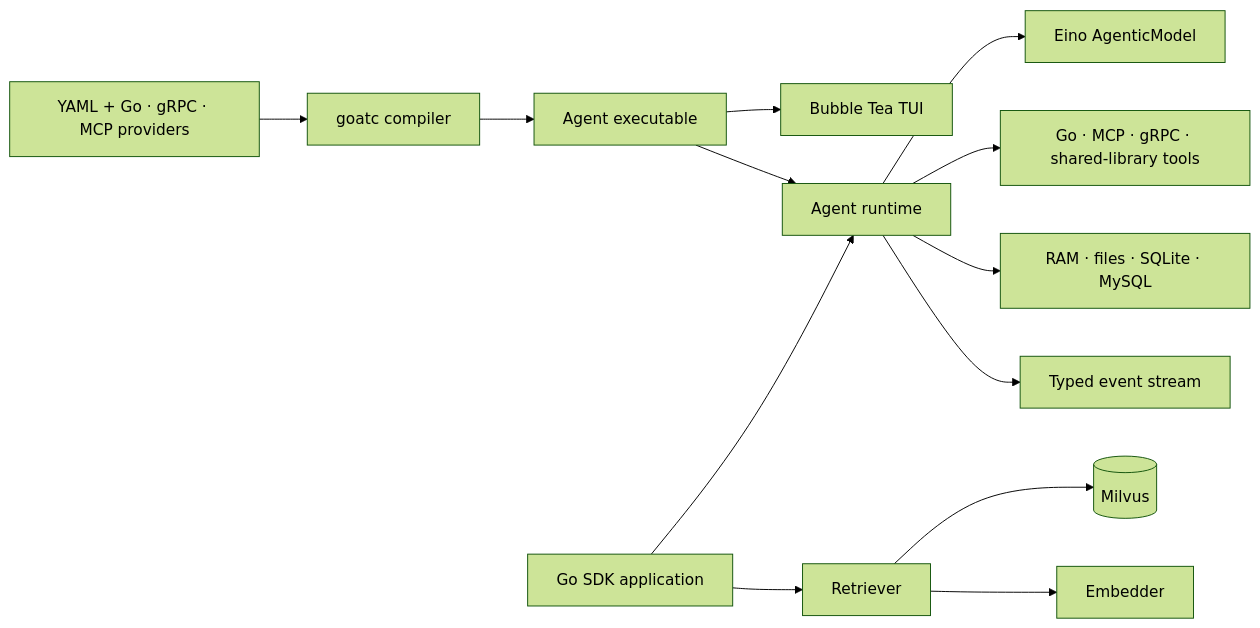
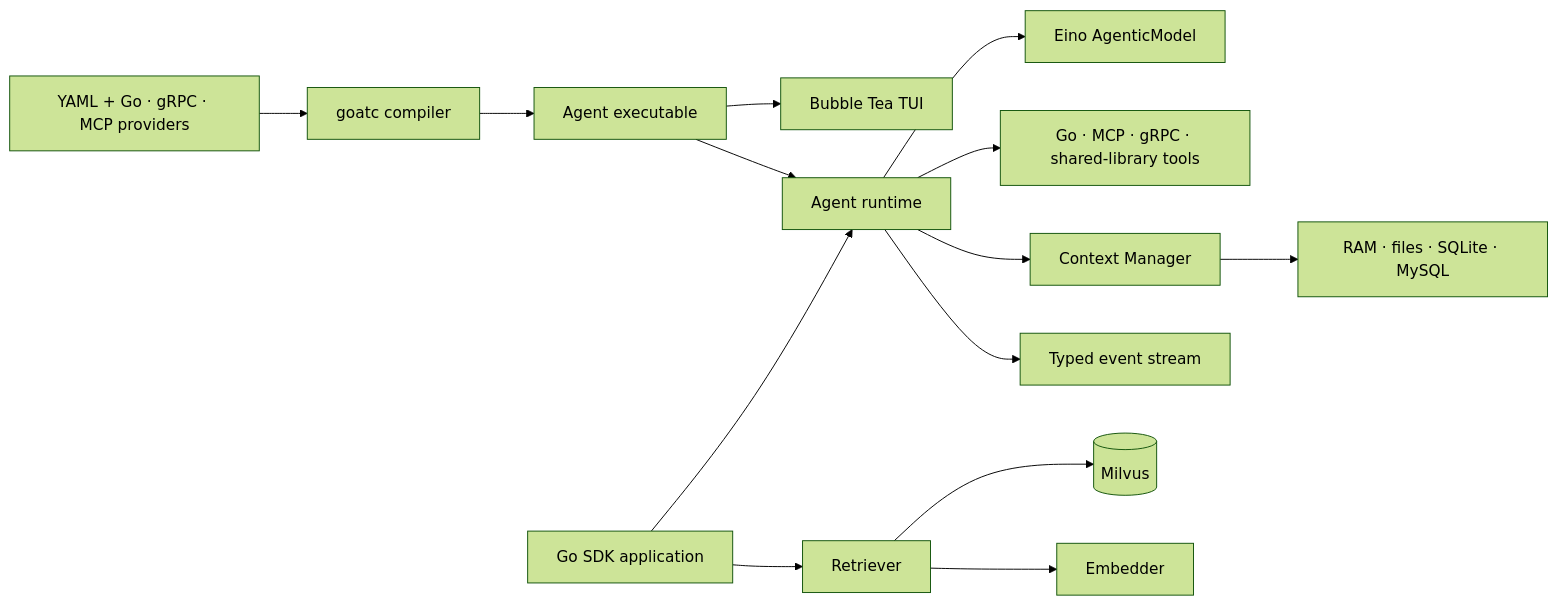
The diagram in README.md (foxtorris/goat), drawn with Mermaid (forest theme) before and after one commit. The commit also changed other lines of this file and 19 other files, not shown here.

Commit message:
Refactor: context manager interface to Store

````diff
--- a/README.md
+++ b/README.md
@@ -164,15 +165,16 @@
 ```mermaid
 flowchart LR
     Source[YAML + Go · gRPC · MCP providers] --> Goatc[goatc compiler]
     Goatc --> Binary[Agent executable]
     Binary --> TUI[Bubble Tea TUI]
     Binary --> Agent[Agent runtime]
     SDK[Go SDK application] --> Agent
     Agent --> Model[Eino AgenticModel]
     Agent --> Tools[Go · MCP · gRPC · shared-library tools]
-    Agent --> ContextManager[RAM · files · SQLite · MySQL]
+    Agent --> Manager[Context Manager]
+    Manager --> Store[RAM · files · SQLite · MySQL]
     Agent --> Events[Typed event stream]
     SDK --> Retriever[Retriever]
     Retriever --> Milvus[(Milvus)]
     Retriever --> Embedder[Embedder]
 ```
````
